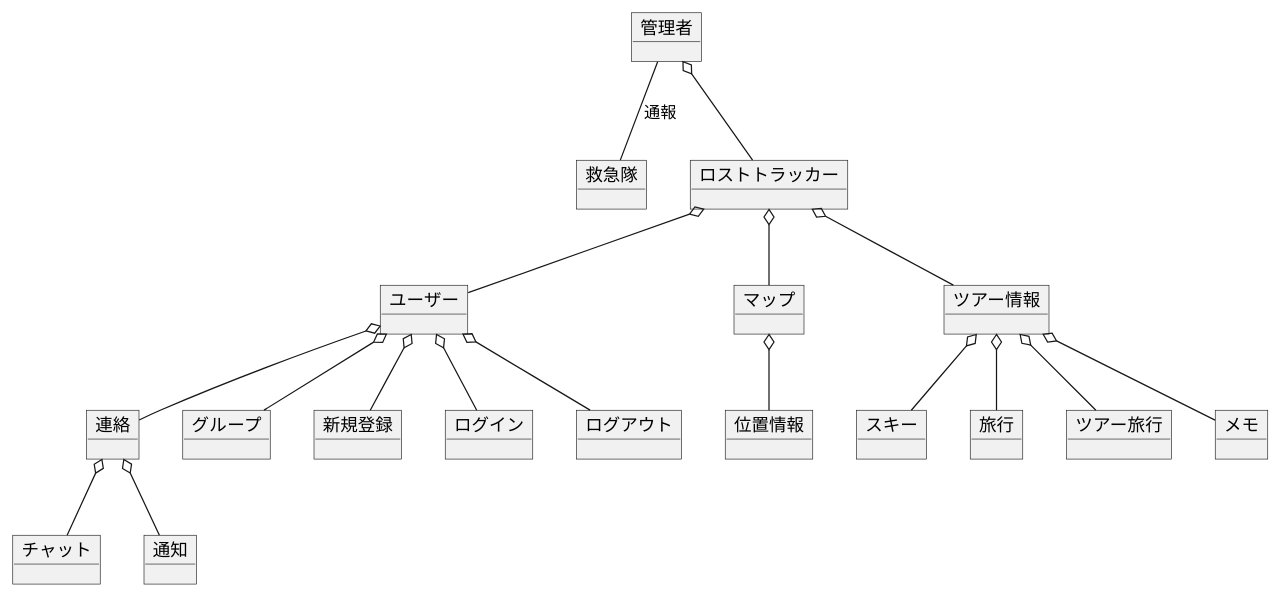
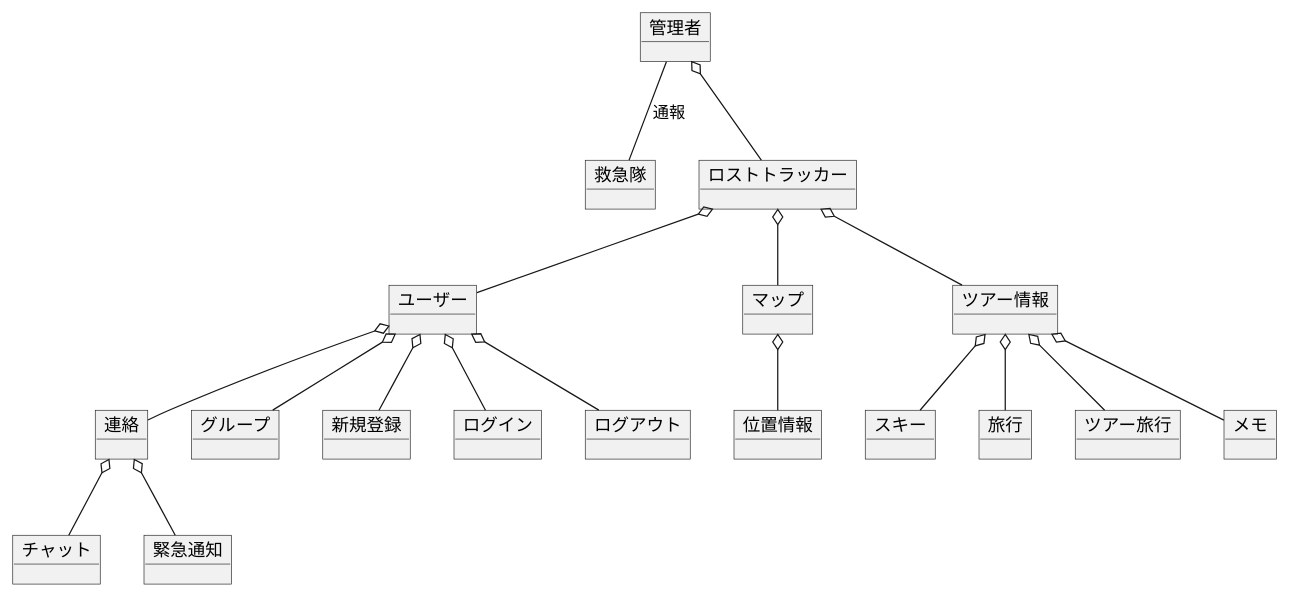
The second of 2 diagrams in F_dmainModel.plantuml (ksw2270227/GroupF), drawn with PlantUML before and after one commit.

Commit message:
斉藤編集

```diff
--- a/F_dmainModel.plantuml
+++ b/F_dmainModel.plantuml
@@ -44,50 +44,50 @@
 @startuml ドメインモデル2
 
 object 救急隊
 object ロストトラッカー
 object 位置情報
 object 管理者
 object ユーザー
 object マップ
 object スキー
 object 旅行
 object ツアー旅行
 object メモ
 object ツアー情報
 object 連絡
 object グループ
 object チャット
-object 通知
+object 緊急通知
 
 object 新規登録
 object ログイン
 object ログアウト
 
 
 
 
 管理者 -- 救急隊 : 通報
 管理者 o-- ロストトラッカー
 ロストトラッカー o-- ユーザー
 
 ユーザー o-- 連絡
 連絡 o-- チャット
-連絡 o-- 通知
+連絡 o-- 緊急通知
 
 ユーザー o-- 新規登録
 ユーザー o-- ログイン
 ユーザー o-- ログアウト
 
 ユーザー o-- グループ
 
 ロストトラッカー o-- マップ
 マップ o-- 位置情報
 ロストトラッカー o-- ツアー情報
 
 ツアー情報 o-- スキー
 ツアー情報 o-- 旅行
 ツアー情報 o-- ツアー旅行
 ツアー情報 o-- メモ
 
 
 @enduml
```
